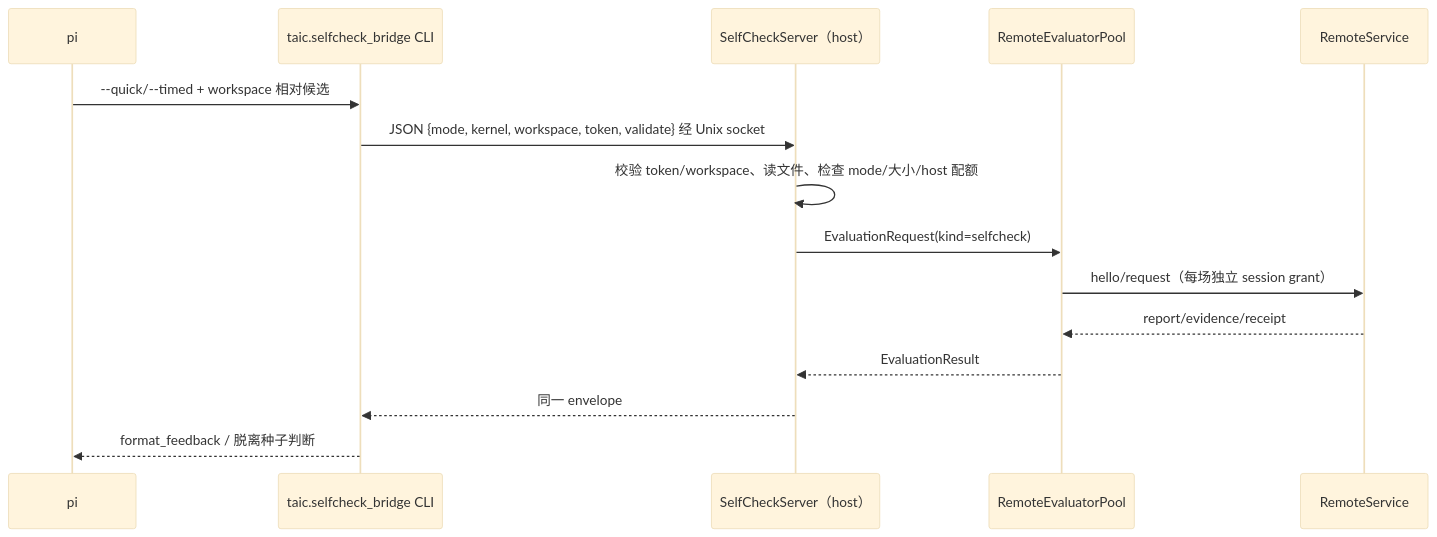
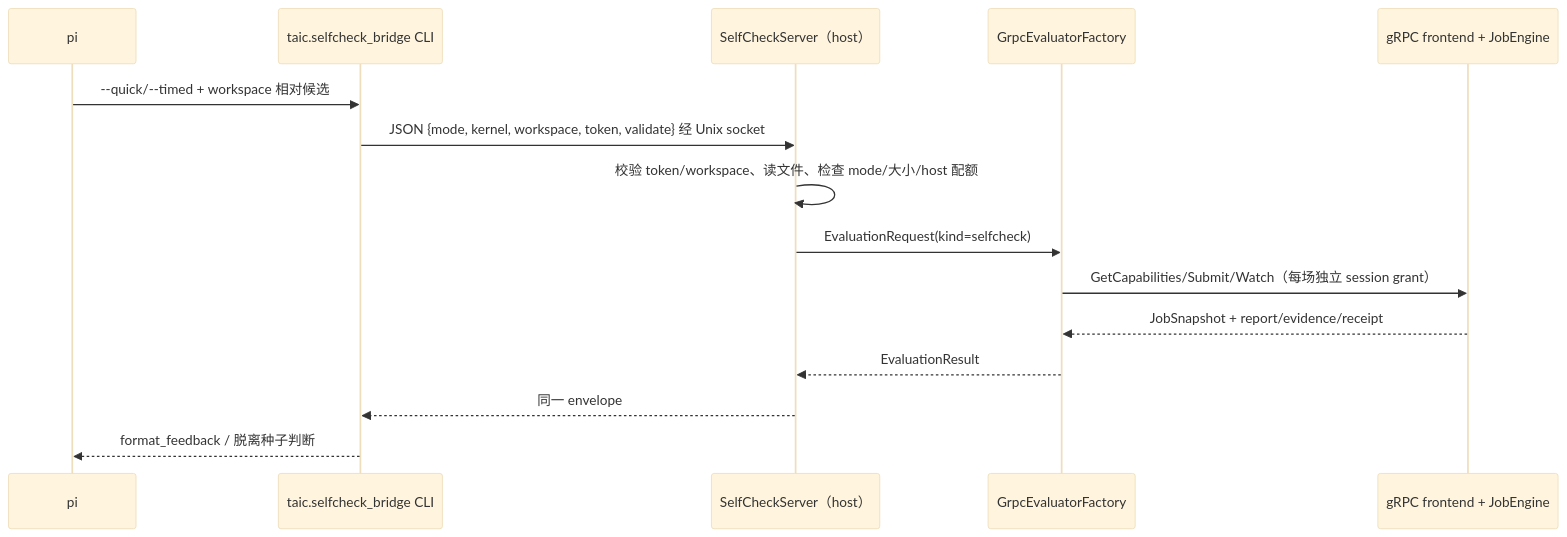
The sixth of 8 diagrams in docs/架构/执行运行时与设备扩展.md (kuafuwang/ShapeForge), drawn with Mermaid (base theme) before and after one commit. The commit also changed other lines of this file and 5 other files, not shown here.

````diff
--- a/docs/架构/执行运行时与设备扩展.md
+++ b/docs/架构/执行运行时与设备扩展.md
@@ -599,18 +565,18 @@
 ```mermaid
 sequenceDiagram
   participant P as pi
   participant C as taic.selfcheck_bridge CLI
   participant S as SelfCheckServer（host）
-  participant E as RemoteEvaluatorPool
-  participant R as RemoteService
+  participant E as GrpcEvaluatorFactory
+  participant R as gRPC frontend + JobEngine
 
   P->>C: --quick/--timed + workspace 相对候选
   C->>S: JSON {mode, kernel, workspace, token, validate} 经 Unix socket
   S->>S: 校验 token/workspace、读文件、检查 mode/大小/host 配额
   S->>E: EvaluationRequest(kind=selfcheck)
-  E->>R: hello/request（每场独立 session grant）
-  R-->>E: report/evidence/receipt
+  E->>R: GetCapabilities/Submit/Watch（每场独立 session grant）
+  R-->>E: JobSnapshot + report/evidence/receipt
   E-->>S: EvaluationResult
   S-->>C: 同一 envelope
   C-->>P: format_feedback / 脱离种子判断
 ```
````
